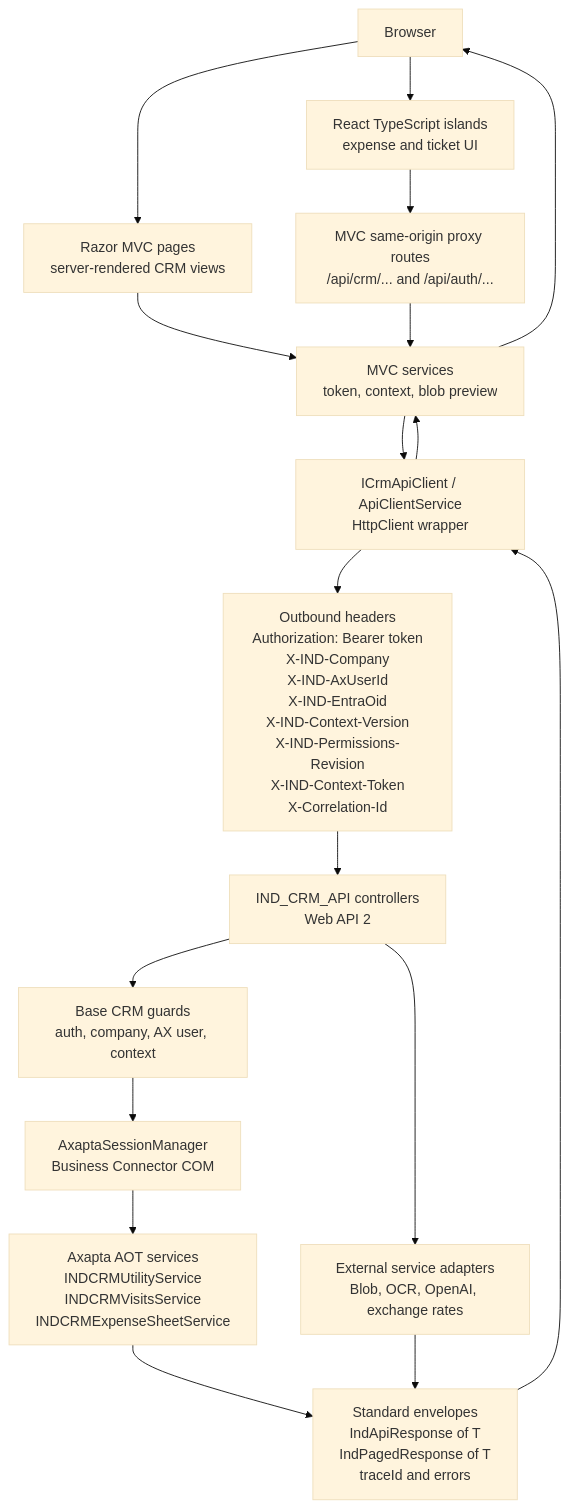
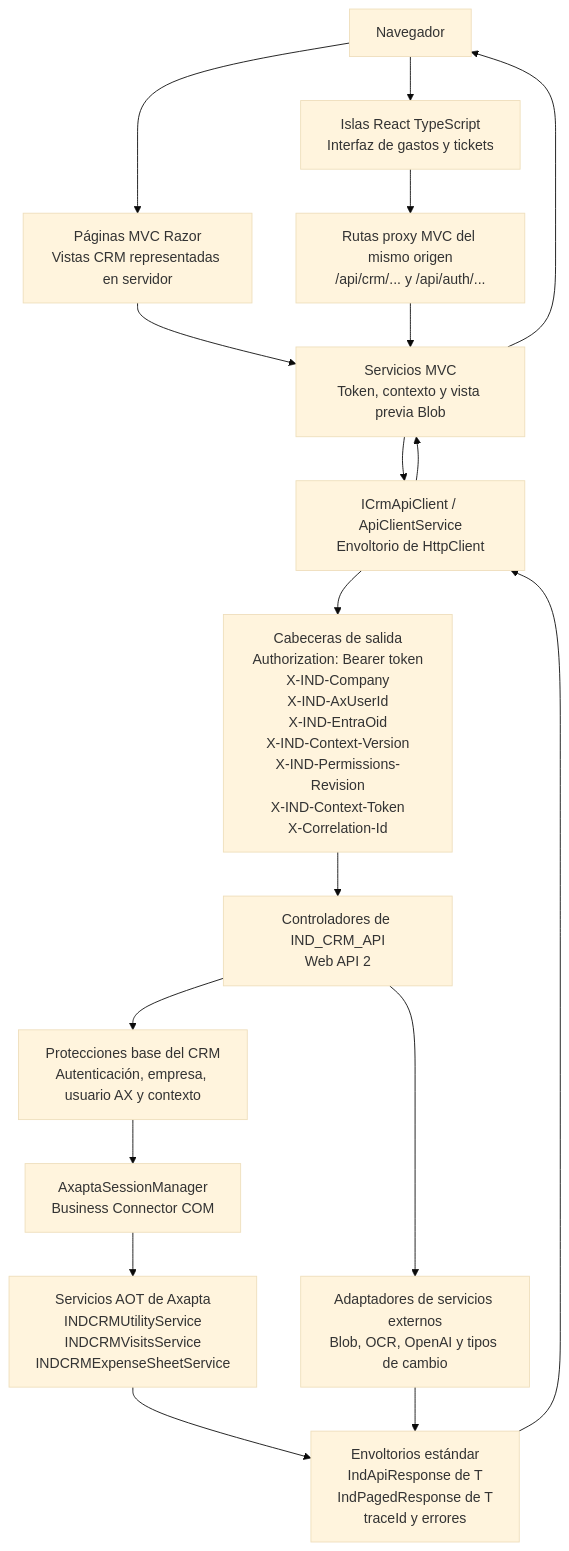
Before and after one commit to INDMAME/IND_CRM_API: the diagram in docs/architecture/diagrams/technical/integration/integration-overview.md, drawn with Mermaid (base theme). The commit also changed other lines of this file and 314 other files, not shown here.

````diff
--- a/docs/architecture/diagrams/technical/integration/integration-overview.md
+++ b/docs/architecture/diagrams/technical/integration/integration-overview.md
@@ -7,34 +7,34 @@
 ```mermaid
 flowchart TB
-  Browser["Browser"]
-  Razor["Razor MVC pages<br/>server-rendered CRM views"]
-  React["React TypeScript islands<br/>expense and ticket UI"]
-  Proxy["MVC same-origin proxy routes<br/>/api/crm/... and /api/auth/..."]
-  MvcSvc["MVC services<br/>token, context, blob preview"]
-  Client["ICrmApiClient / ApiClientService<br/>HttpClient wrapper"]
-  Headers["Outbound headers<br/>Authorization: Bearer token<br/>X-IND-Company<br/>X-IND-AxUserId<br/>X-IND-EntraOid<br/>X-IND-Context-Version<br/>X-IND-Permissions-Revision<br/>X-IND-Context-Token<br/>X-Correlation-Id"]
-  Api["IND_CRM_API controllers<br/>Web API 2"]
-  Guard["Base CRM guards<br/>auth, company, AX user, context"]
+  Browser["Navegador"]
+  Razor["Páginas MVC Razor<br/>Vistas CRM representadas en servidor"]
+  React["Islas React TypeScript<br/>Interfaz de gastos y tickets"]
+  Proxy["Rutas proxy MVC del mismo origen<br/>/api/crm/... y /api/auth/..."]
+  MvcSvc["Servicios MVC<br/>Token, contexto y vista previa Blob"]
+  Client["ICrmApiClient / ApiClientService<br/>Envoltorio de HttpClient"]
+  Headers["Cabeceras de salida<br/>Authorization: Bearer token<br/>X-IND-Company<br/>X-IND-AxUserId<br/>X-IND-EntraOid<br/>X-IND-Context-Version<br/>X-IND-Permissions-Revision<br/>X-IND-Context-Token<br/>X-Correlation-Id"]
+  Api["Controladores de IND_CRM_API<br/>Web API 2"]
+  Guard["Protecciones base del CRM<br/>Autenticación, empresa, usuario AX y contexto"]
   AxSession["AxaptaSessionManager<br/>Business Connector COM"]
-  Aot["Axapta AOT services<br/>INDCRMUtilityService<br/>INDCRMVisitsService<br/>INDCRMExpenseSheetService"]
-  External["External service adapters<br/>Blob, OCR, OpenAI, exchange rates"]
-  Response["Standard envelopes<br/>IndApiResponse of T<br/>IndPagedResponse of T<br/>traceId and errors"]
+  Aot["Servicios AOT de Axapta<br/>INDCRMUtilityService<br/>INDCRMVisitsService<br/>INDCRMExpenseSheetService"]
+  External["Adaptadores de servicios externos<br/>Blob, OCR, OpenAI y tipos de cambio"]
+  Response["Envoltorios estándar<br/>IndApiResponse de T<br/>IndPagedResponse de T<br/>traceId y errores"]
 
   Browser --> Razor
   Browser --> React
   Razor --> MvcSvc
   React --> Proxy
   Proxy --> MvcSvc
   MvcSvc --> Client
   Client --> Headers
   Headers --> Api
   Api --> Guard
   Guard --> AxSession
   AxSession --> Aot
   Api --> External
   Aot --> Response
   External --> Response
   Response --> Client
   Client --> MvcSvc
   MvcSvc --> Browser
 ```
````
